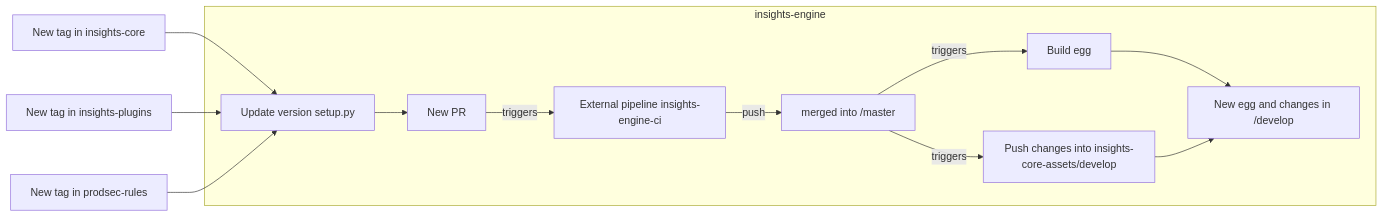
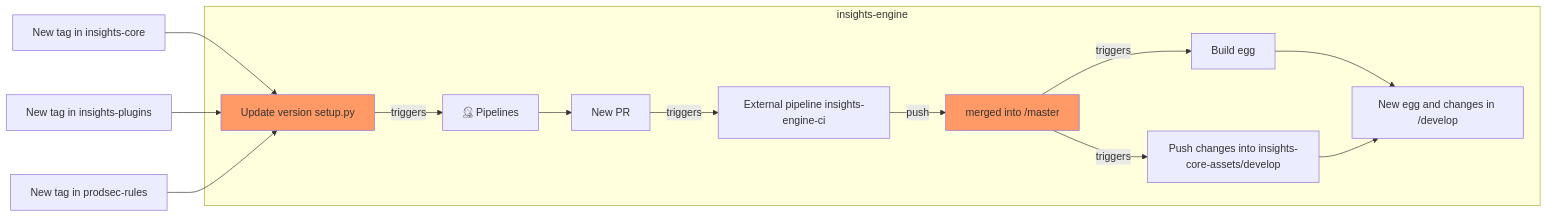
One commit to ahitacat/mermaid-diagrams changed the diagram in egg-release-1.mmd. Above: the diagram before and after it, drawn with Mermaid. The commit also changed 1 other file, not shown here.

```diff
--- a/egg-release-1.mmd
+++ b/egg-release-1.mmd
@@ -1,14 +1,17 @@
 flowchart LR
     A[New tag in insights-core]-->D
     B[New tag in insights-plugins]-->D
     C[New tag in prodsec-rules]-->D
     subgraph insights-engine
-    D[Update version setup.py]-->E
+    D[Update version setup.py]:::manual--triggers-->E1
+    E1["fab:fa-jenkins" Pipelines] -->E
     E[New PR]--triggers-->F
     F[External pipeline insights-engine-ci]--push-->G
-    G[merged into /master]--triggers-->H
+    G[merged into /master]:::manual--triggers-->H
     G--triggers-->I
     H[Build egg]-->J
     I[Push changes into insights-core-assets/develop]-->J
     J[New egg and changes in /develop]
     end
+
+    classDef manual fill:#f96;
```
